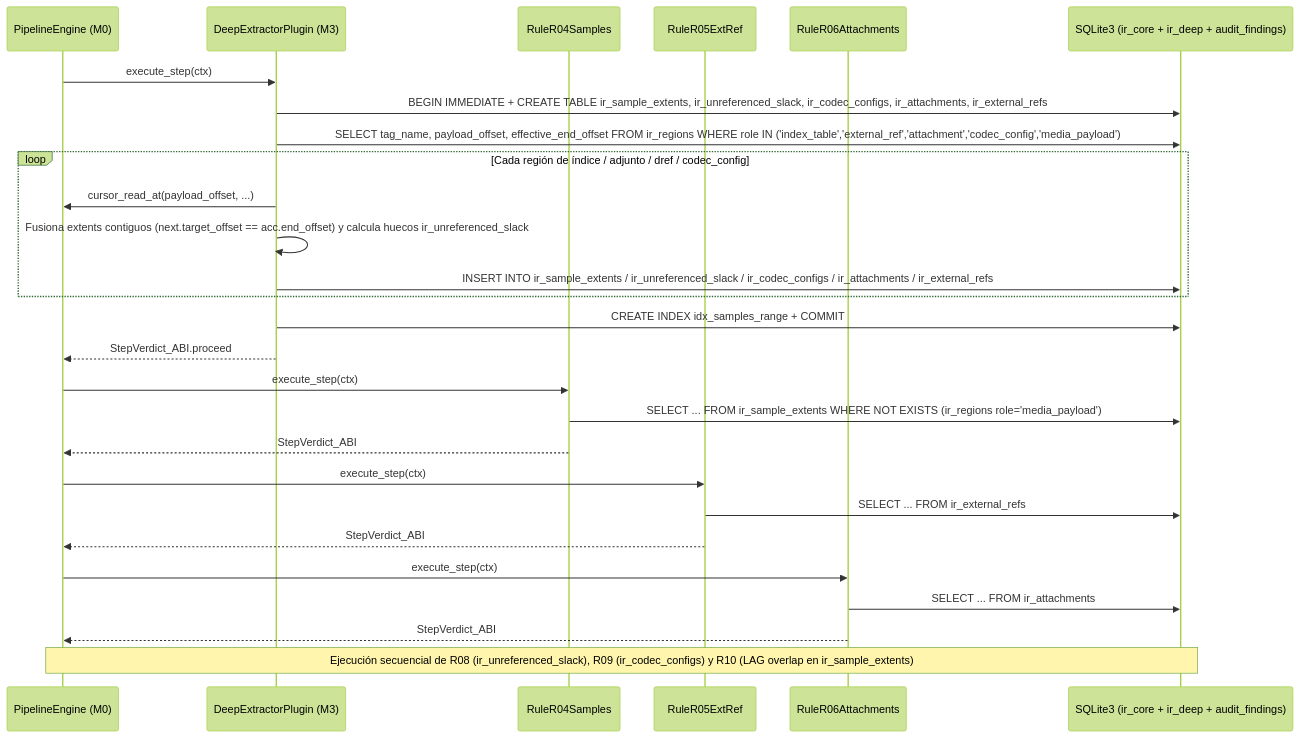
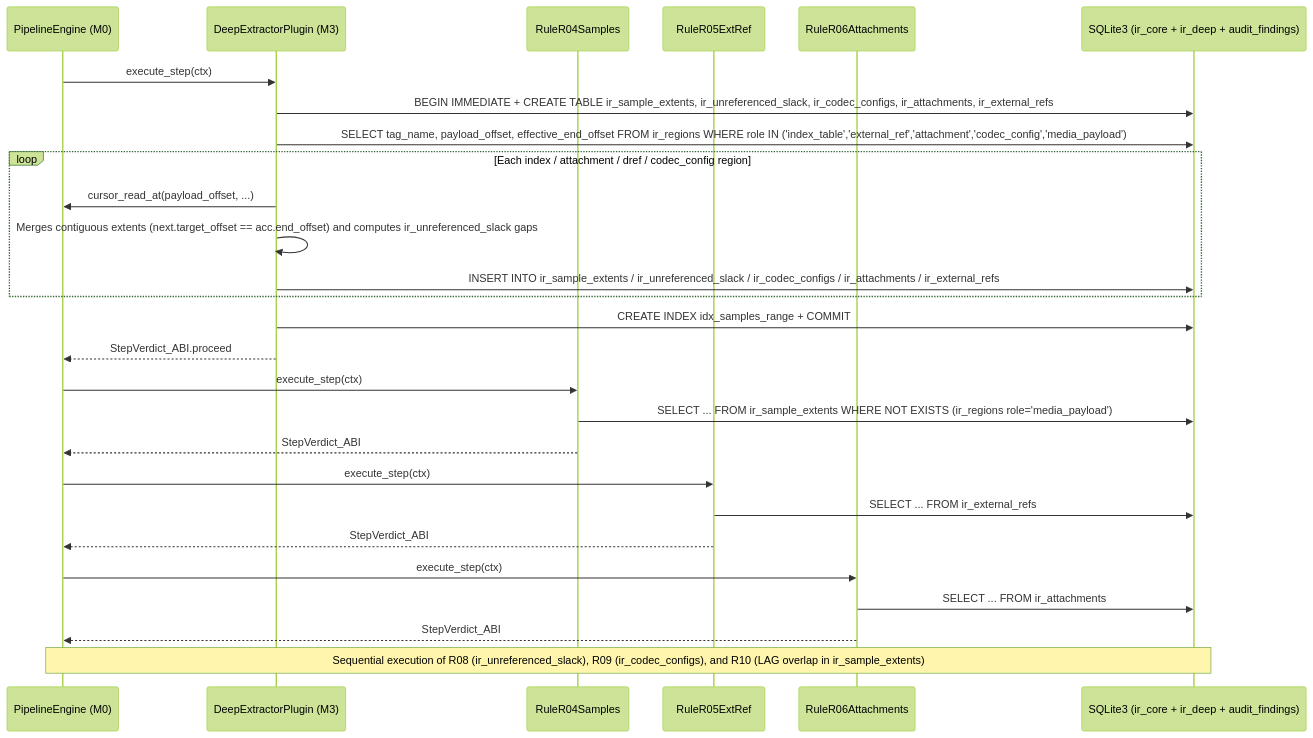
One commit to g-gar/vidsec changed the second of 2 diagrams in docs/v1/specs/M3_deep_integrity_and_riff.md. Above: the diagram before and after it, drawn with Mermaid (forest theme). The commit also changed other lines of this file and 8 other files, not shown here.

Commit message:
docs(v1): translate v1 architecture and milestone specs to English and remove local paths

````diff
--- a/docs/v1/specs/M3_deep_integrity_and_riff.md
+++ b/docs/v1/specs/M3_deep_integrity_and_riff.md
@@ -250,34 +250,34 @@
 ```mermaid
 sequenceDiagram
     participant Engine as PipelineEngine (M0)
     participant Ext as DeepExtractorPlugin (M3)
     participant R04 as RuleR04Samples
     participant R05 as RuleR05ExtRef
     participant R06 as RuleR06Attachments
     participant DB as SQLite3 (ir_core + ir_deep + audit_findings)
 
     Engine->>Ext: execute_step(ctx)
     Ext->>DB: BEGIN IMMEDIATE + CREATE TABLE ir_sample_extents, ir_unreferenced_slack, ir_codec_configs, ir_attachments, ir_external_refs
     Ext->>DB: SELECT tag_name, payload_offset, effective_end_offset FROM ir_regions WHERE role IN ('index_table','external_ref','attachment','codec_config','media_payload')
-    loop Cada región de índice / adjunto / dref / codec_config
+    loop Each index / attachment / dref / codec_config region
         Ext->>Engine: cursor_read_at(payload_offset, ...)
-        Ext->>Ext: Fusiona extents contiguos (next.target_offset == acc.end_offset) y calcula huecos ir_unreferenced_slack
+        Ext->>Ext: Merges contiguous extents (next.target_offset == acc.end_offset) and computes ir_unreferenced_slack gaps
         Ext->>DB: INSERT INTO ir_sample_extents / ir_unreferenced_slack / ir_codec_configs / ir_attachments / ir_external_refs
     end
     Ext->>DB: CREATE INDEX idx_samples_range + COMMIT
     Ext-->>Engine: StepVerdict_ABI.proceed
 
     Engine->>R04: execute_step(ctx)
     R04->>DB: SELECT ... FROM ir_sample_extents WHERE NOT EXISTS (ir_regions role='media_payload')
     R04-->>Engine: StepVerdict_ABI
 
     Engine->>R05: execute_step(ctx)
     R05->>DB: SELECT ... FROM ir_external_refs
     R05-->>Engine: StepVerdict_ABI
 
     Engine->>R06: execute_step(ctx)
     R06->>DB: SELECT ... FROM ir_attachments
     R06-->>Engine: StepVerdict_ABI
 
-    Note over Engine,DB: Ejecución secuencial de R08 (ir_unreferenced_slack), R09 (ir_codec_configs) y R10 (LAG overlap en ir_sample_extents)
+    Note over Engine,DB: Sequential execution of R08 (ir_unreferenced_slack), R09 (ir_codec_configs), and R10 (LAG overlap in ir_sample_extents)
 ```
````
